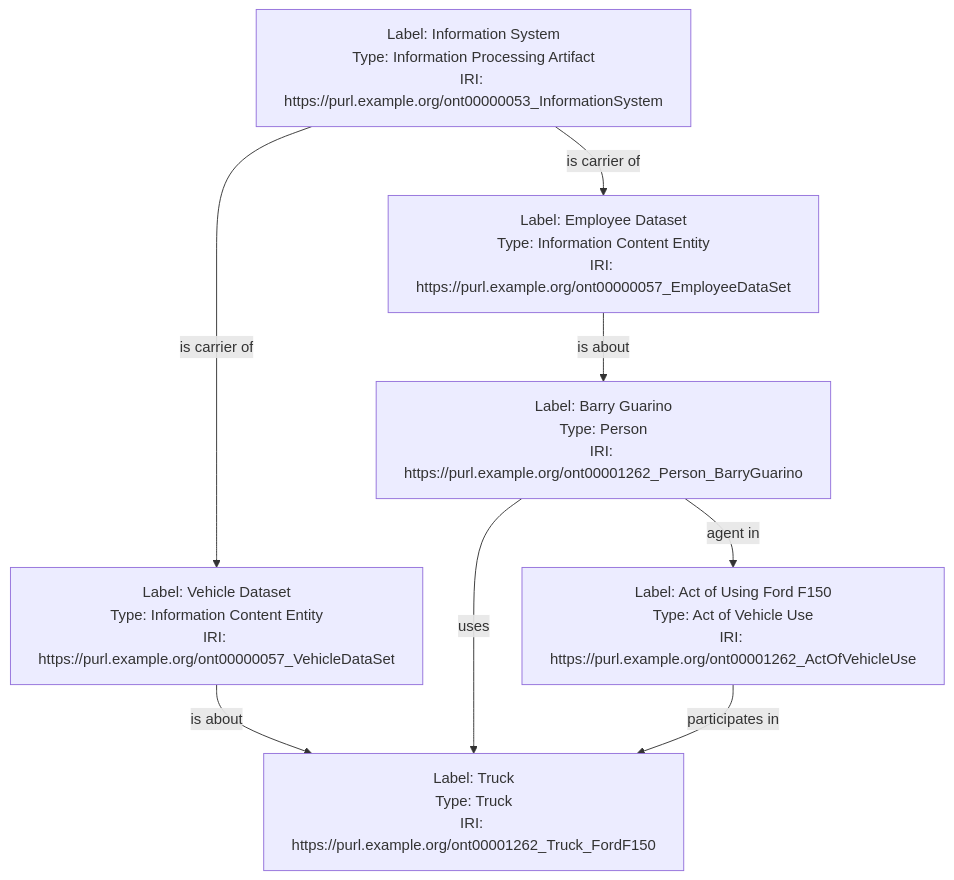
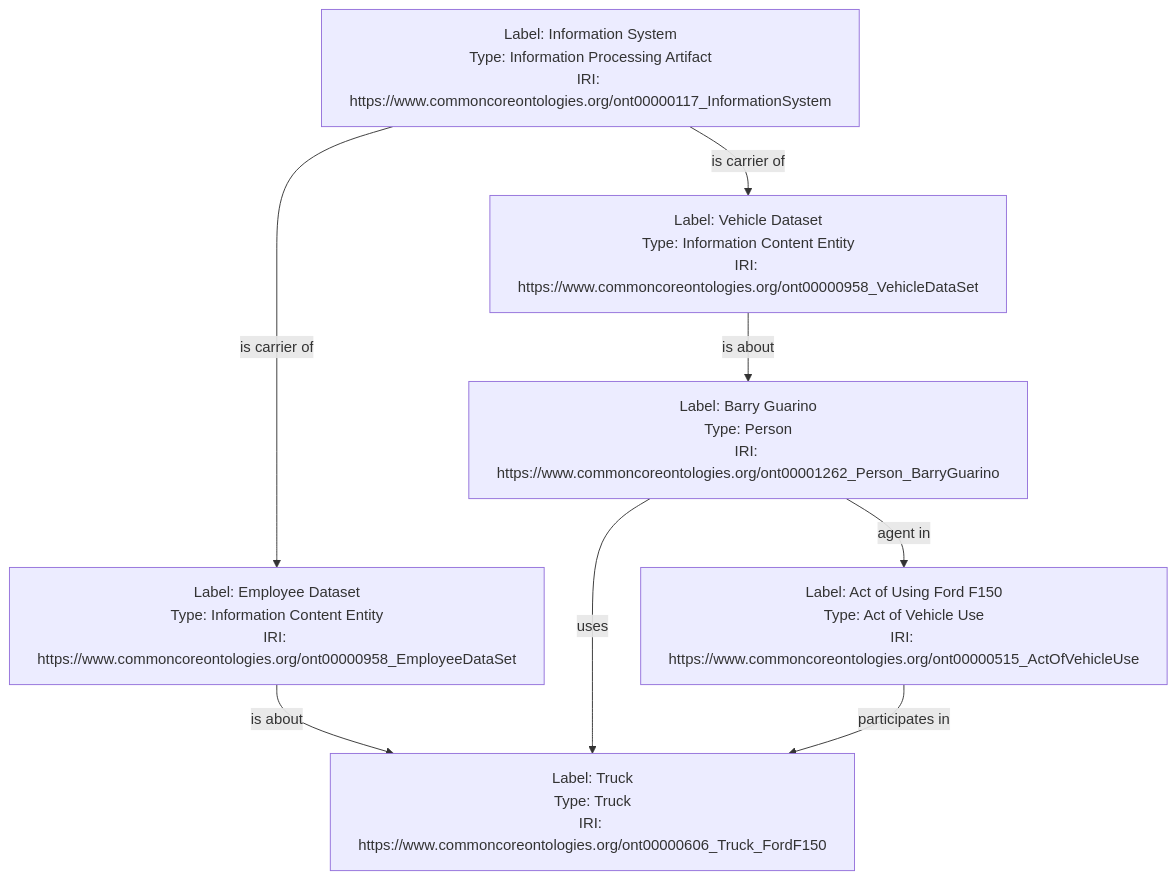
The third of 4 diagrams in src/tutorials/kg-modeler-tutorial.md (jonathanvajda/OntoEagle), drawn with Mermaid before and after one commit. The commit also changed other lines of this file and 1 other file, not shown here.

````diff
--- a/src/tutorials/kg-modeler-tutorial.md
+++ b/src/tutorials/kg-modeler-tutorial.md
@@ -266,17 +266,17 @@
 ```mermaid
 graph TD
-    rdfInstance1["Label: Information System<br>Type: Information Processing Artifact<br>IRI: https://purl.example.org/ont00000053_InformationSystem"]
-    rdfInstance2["Label: Vehicle Dataset<br>Type: Information Content Entity<br>IRI: https://purl.example.org/ont00000057_VehicleDataSet"]
-    rdfInstance3["Label: Employee Dataset<br>Type: Information Content Entity<br>IRI: https://purl.example.org/ont00000057_EmployeeDataSet"]
-    rdfInstance4["Label: Barry Guarino<br>Type: Person<br>IRI: https://purl.example.org/ont00001262_Person_BarryGuarino"]
-    rdfInstance5["Label: Truck<br>Type: Truck<br>IRI: https://purl.example.org/ont00001262_Truck_FordF150"]
-    rdfInstance6["Label: Act of Using Ford F150<br>Type: Act of Vehicle Use<br>IRI: https://purl.example.org/ont00001262_ActOfVehicleUse"]
+    rdfInstance1["Label: Information System<br>Type: Information Processing Artifact<br>IRI: https://www.commoncoreontologies.org/ont00000117_InformationSystem"]
+    rdfInstance2["Label: Vehicle Dataset<br>Type: Information Content Entity<br>IRI: https://www.commoncoreontologies.org/ont00000958_VehicleDataSet"]
+    rdfInstance3["Label: Employee Dataset<br>Type: Information Content Entity<br>IRI: https://www.commoncoreontologies.org/ont00000958_EmployeeDataSet"]
+    rdfInstance4["Label: Barry Guarino<br>Type: Person<br>IRI: https://www.commoncoreontologies.org/ont00001262_Person_BarryGuarino"]
+    rdfInstance5["Label: Truck<br>Type: Truck<br>IRI: https://www.commoncoreontologies.org/ont00000606_Truck_FordF150"]
+    rdfInstance6["Label: Act of Using Ford F150<br>Type: Act of Vehicle Use<br>IRI: https://www.commoncoreontologies.org/ont00000515_ActOfVehicleUse"]
 
+    rdfInstance1 -- "is carrier of" --> rdfInstance2
     rdfInstance1 -- "is carrier of" --> rdfInstance3
-    rdfInstance1 -- "is carrier of" --> rdfInstance2
-    rdfInstance2 -- "is about" --> rdfInstance5
-    rdfInstance3 -- "is about" --> rdfInstance4
+    rdfInstance2 -- "is about" --> rdfInstance4
+    rdfInstance3 -- "is about" --> rdfInstance5
     rdfInstance4 -- "uses" --> rdfInstance5
     rdfInstance4 -- "agent in" --> rdfInstance6
     rdfInstance6 -- "participates in" --> rdfInstance5
 ```
````
